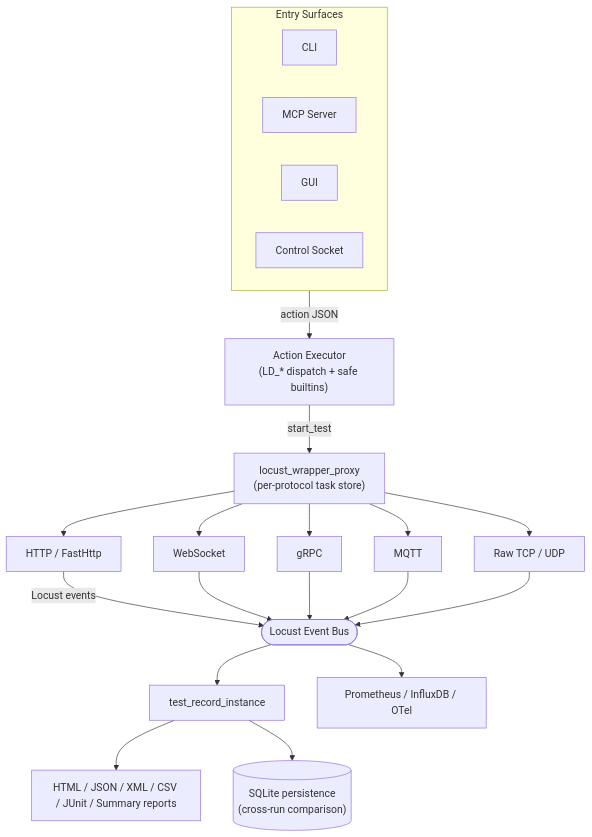
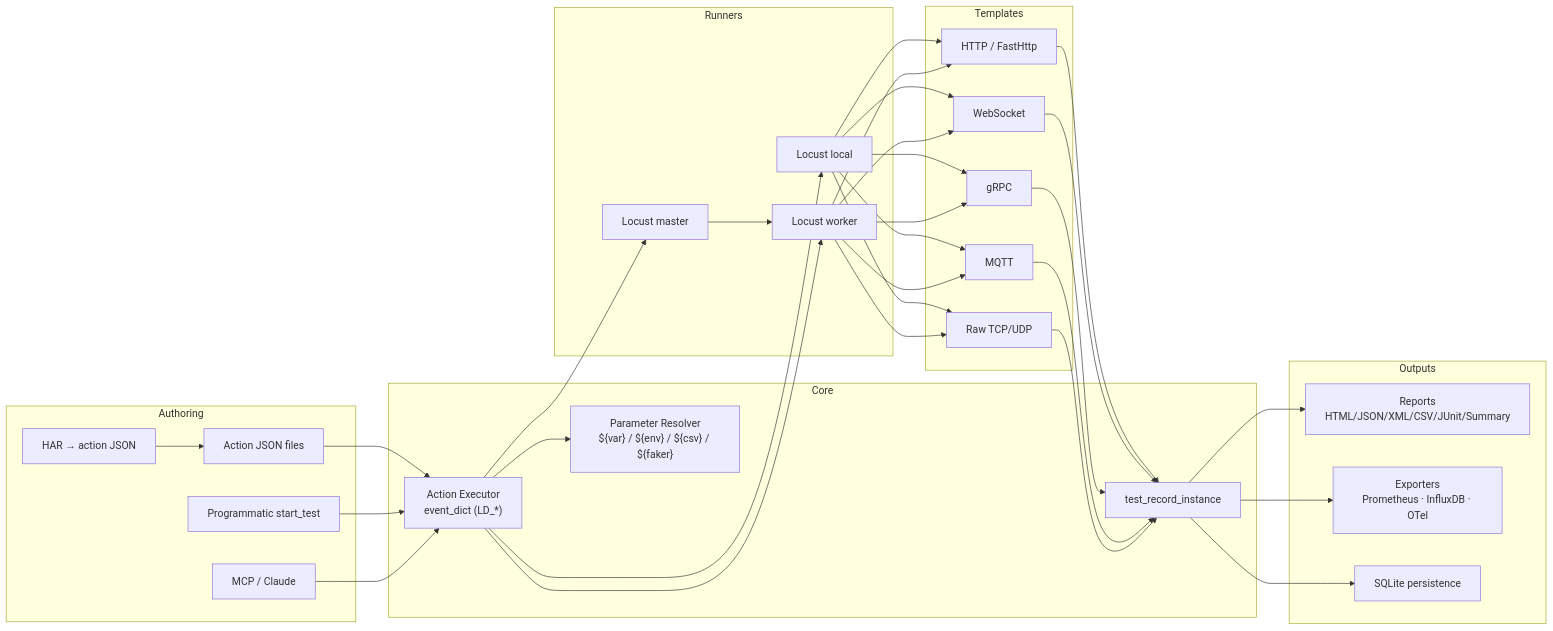
Before and after one commit to Integration-Automation/LoadDensity: the first of 3 diagrams in README.md, drawn with Mermaid. The commit also changed other lines of this file and 33 other files, not shown here.

````diff
--- a/README.md
+++ b/README.md
@@ -115,30 +161,51 @@
 ```mermaid
-flowchart TD
-    subgraph Entry["Entry Surfaces"]
-        CLI[CLI]
-        MCP[MCP Server]
-        GUI[GUI]
-        SOCK[Control Socket]
-    end
+flowchart LR
+  subgraph Authoring
+    A1["Action JSON files"]
+    A2["Programmatic start_test"]
+    A3["HAR → action JSON"]
+    A4["MCP / Claude"]
+  end
 
-    Entry -- "action JSON" --> EXEC["Action Executor<br/>(LD_* dispatch + safe builtins)"]
-    EXEC -- "start_test" --> WRAPPER["locust_wrapper_proxy<br/>(per-protocol task store)"]
+  subgraph Core
+    EXE["Action Executor<br/>event_dict (LD_*)"]
+    RES["Parameter Resolver<br/>${var} / ${env} / ${csv} / ${faker}"]
+    REC["test_record_instance"]
+  end
 
-    WRAPPER --> HTTP["HTTP / FastHttp"]
-    WRAPPER --> WS["WebSocket"]
-    WRAPPER --> GRPC["gRPC"]
-    WRAPPER --> MQTT["MQTT"]
-    WRAPPER --> RAW["Raw TCP / UDP"]
+  subgraph Runners
+    LOC["Locust local"]
+    MAS["Locust master"]
+    WRK["Locust worker"]
+  end
 
-    HTTP -- "Locust events" --> BUS([Locust Event Bus])
-    WS --> BUS
-    GRPC --> BUS
-    MQTT --> BUS
-    RAW --> BUS
+  subgraph Templates
+    HTTP["HTTP / FastHttp"]
+    WS["WebSocket"]
+    GRPC["gRPC"]
+    MQTT["MQTT"]
+    SOCK["Raw TCP/UDP"]
+  end
 
-    BUS --> REC["test_record_instance"]
-    BUS --> METRICS["Prometheus / InfluxDB / OTel"]
+  subgraph Outputs
+    REP["Reports<br/>HTML/JSON/XML/CSV/JUnit/Summary"]
+    EXP["Exporters<br/>Prometheus · InfluxDB · OTel"]
+    SQL["SQLite persistence"]
+  end
 
-    REC --> REPORTS["HTML / JSON / XML / CSV / JUnit / Summary reports"]
-    REC --> SQLITE[("SQLite persistence<br/>(cross-run comparison)")]
+  A1 --> EXE
+  A2 --> EXE
+  A3 --> A1
+  A4 --> EXE
+  EXE --> RES
+  EXE --> LOC
+  EXE --> MAS
+  EXE --> WRK
+  LOC --> HTTP & WS & GRPC & MQTT & SOCK
+  MAS --> WRK
+  WRK --> HTTP & WS & GRPC & MQTT & SOCK
+  HTTP & WS & GRPC & MQTT & SOCK --> REC
+  REC --> REP
+  REC --> EXP
+  REC --> SQL
 ```
````
